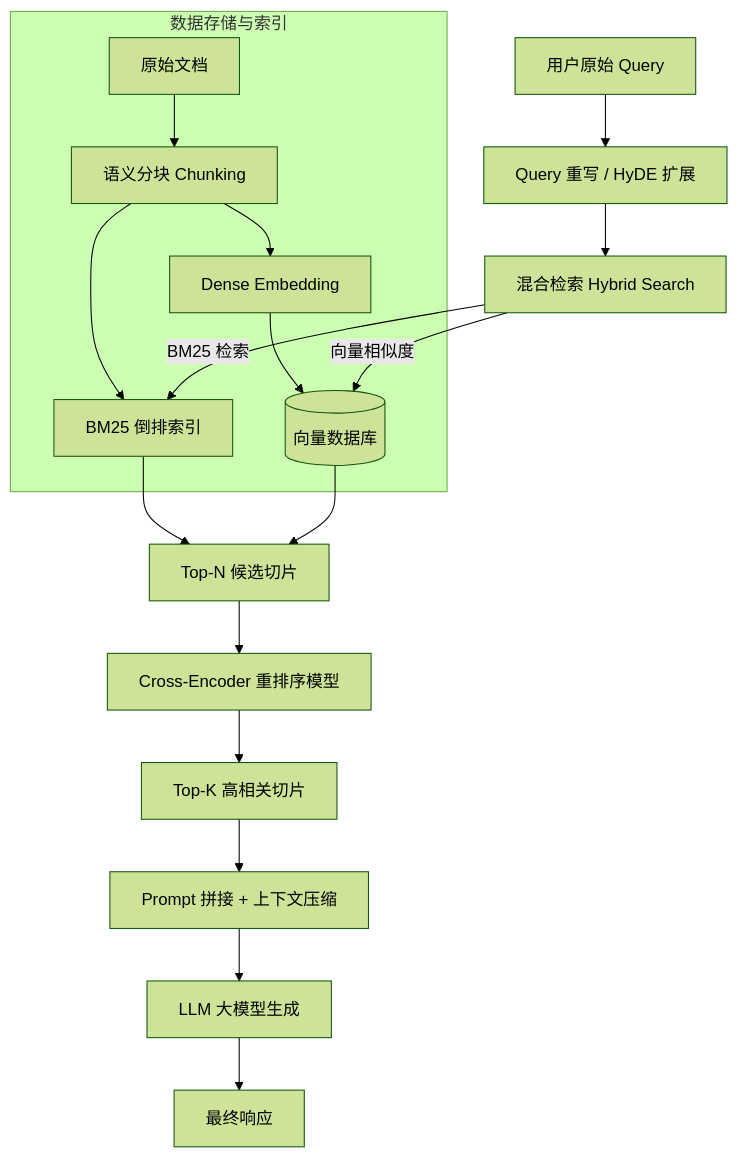
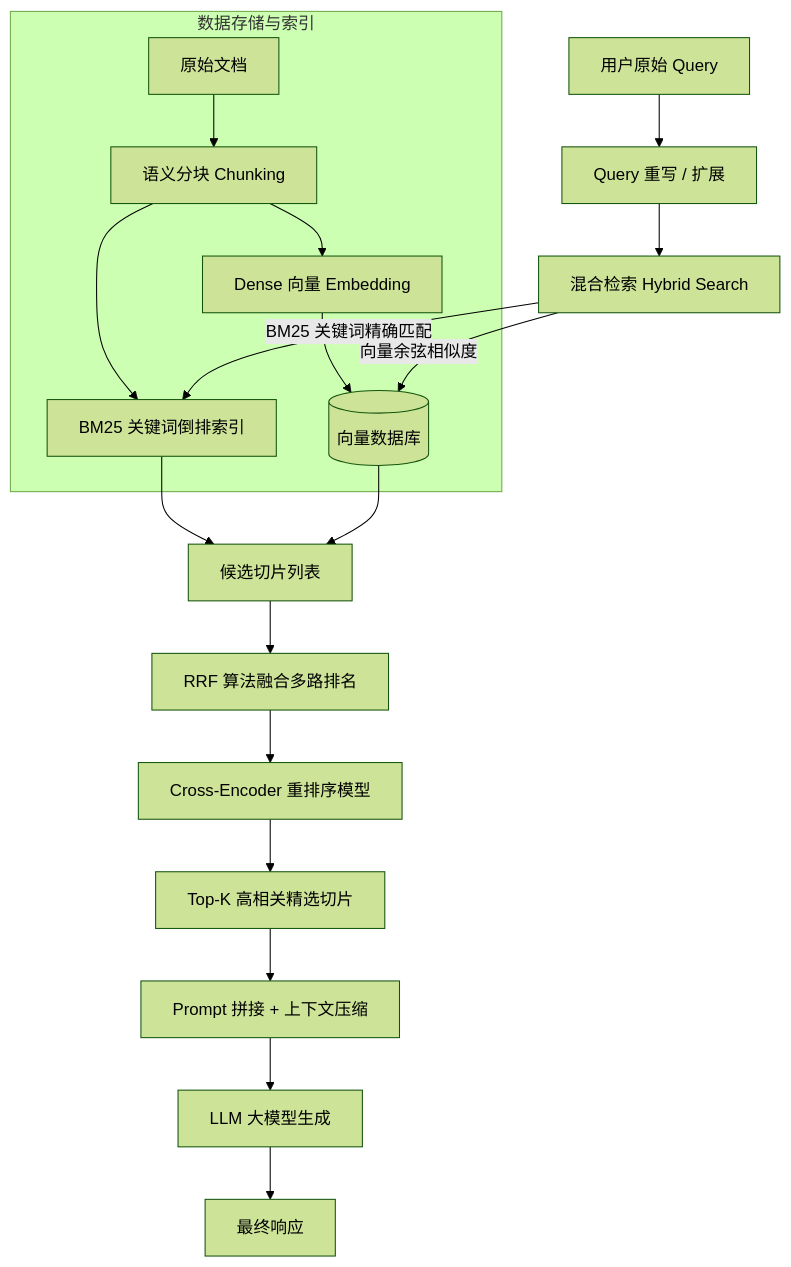
Before and after one commit to Aiden-Coding/AiDocs: the second of 2 diagrams in docs/ai/04-rag-and-vector/1-advanced-rag-pipeline.md, drawn with Mermaid (forest theme). The commit also changed other lines of this file and 7 other files, not shown here.

````diff
--- a/docs/ai/04-rag-and-vector/1-advanced-rag-pipeline.md
+++ b/docs/ai/04-rag-and-vector/1-advanced-rag-pipeline.md
@@ -15,24 +39,25 @@
 ```mermaid
 graph TD
-    UserQuery[用户原始 Query] --> QP[Query 重写 / HyDE 扩展]
+    UserQuery[用户原始 Query] --> QP[Query 重写 / 扩展]
     QP --> HybridSearch[混合检索 Hybrid Search]
     
     subgraph Storage [数据存储与索引]
         Doc[原始文档] --> Chunking[语义分块 Chunking]
-        Chunking --> BM25Index[BM25 倒排索引]
-        Chunking --> DenseEmbedding[Dense Embedding]
+        Chunking --> BM25Index[BM25 关键词倒排索引]
+        Chunking --> DenseEmbedding[Dense 向量 Embedding]
         DenseEmbedding --> VectorDB[(向量数据库)]
     end
 
-    HybridSearch -->|BM25 检索| BM25Index
-    HybridSearch -->|向量相似度| VectorDB
+    HybridSearch -->|BM25 关键词精确匹配| BM25Index
+    HybridSearch -->|向量余弦相似度| VectorDB
 
-    BM25Index --> RecallDocs[Top-N 候选切片]
+    BM25Index --> RecallDocs[候选切片列表]
     VectorDB --> RecallDocs
 
-    RecallDocs --> Reranker[Cross-Encoder 重排序模型]
-    Reranker --> TopKDocs[Top-K 高相关切片]
+    RecallDocs --> RRF[RRF 算法融合多路排名]
+    RRF --> Reranker[Cross-Encoder 重排序模型]
+    Reranker --> TopKDocs[Top-K 高相关精选切片]
     TopKDocs --> PromptComp[Prompt 拼接 + 上下文压缩]
     PromptComp --> LLM[LLM 大模型生成]
     LLM --> FinalAnswer[最终响应]
 ```
````
